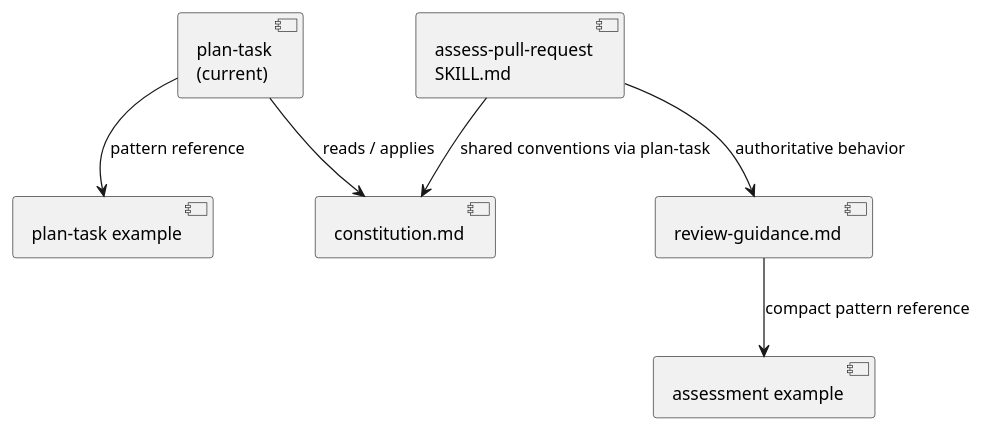
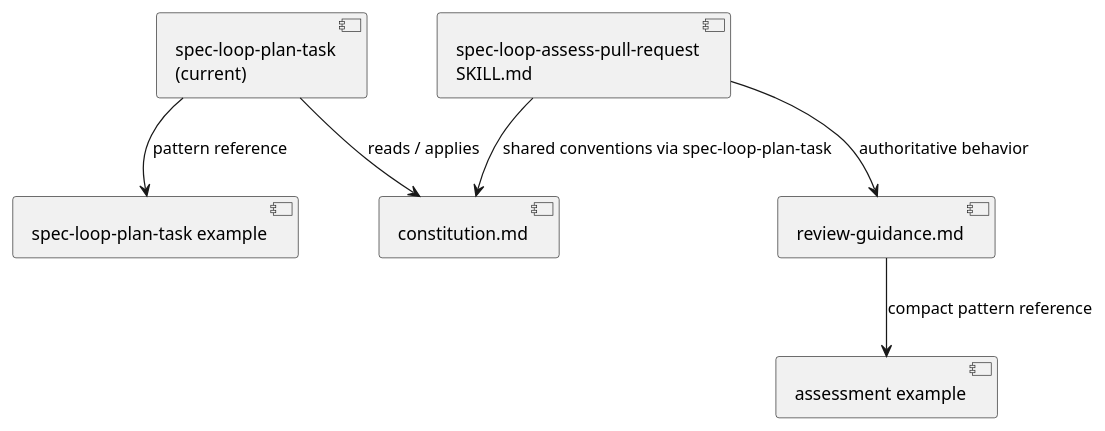
Before and after one commit to dpolivaev/spec-loop: the first of 3 diagrams in tasks/in-progress/separate-task-drafting-from-approval-preparation.md, drawn with PlantUML. The commit also changed other lines of this file and 20 other files, not shown here.

````diff
--- a/tasks/in-progress/separate-task-drafting-from-approval-preparation.md
+++ b/tasks/in-progress/separate-task-drafting-from-approval-preparation.md
@@ -178,16 +178,16 @@
 ```plantuml
 @startuml
-component "plan-task\n(current)" as currentPlan
+component "spec-loop-plan-task\n(current)" as currentPlan
 component "constitution.md" as constitution
-component "plan-task example" as planExample
-component "assess-pull-request\nSKILL.md" as assessSkill
+component "spec-loop-plan-task example" as planExample
+component "spec-loop-assess-pull-request\nSKILL.md" as assessSkill
 component "review-guidance.md" as assessGuidance
 component "assessment example" as assessExample
 
 currentPlan --> constitution : reads / applies
 currentPlan --> planExample : pattern reference
-assessSkill --> constitution : shared conventions via plan-task
+assessSkill --> constitution : shared conventions via spec-loop-plan-task
 assessSkill --> assessGuidance : authoritative behavior
 assessGuidance --> assessExample : compact pattern reference
 @enduml
 ```
````
